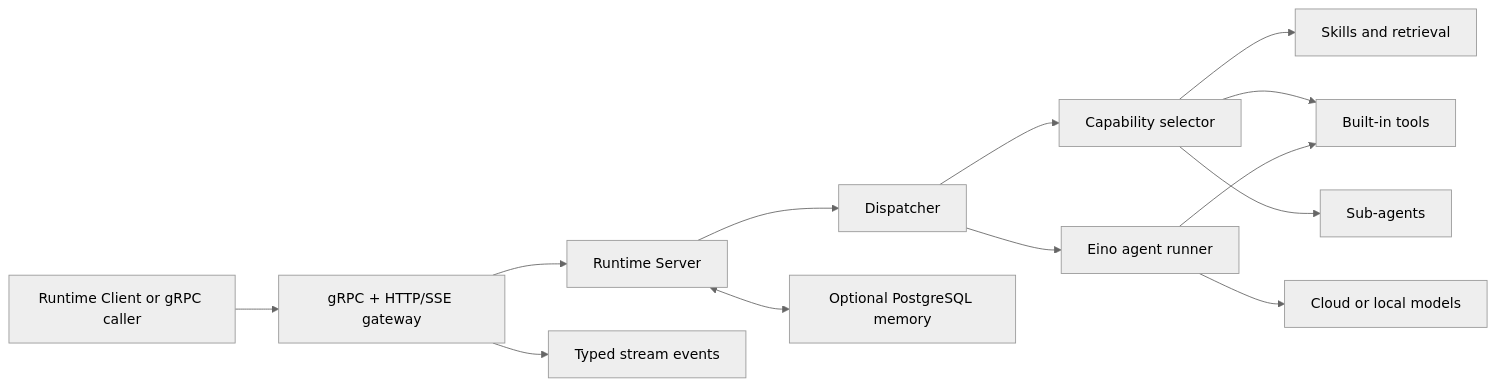
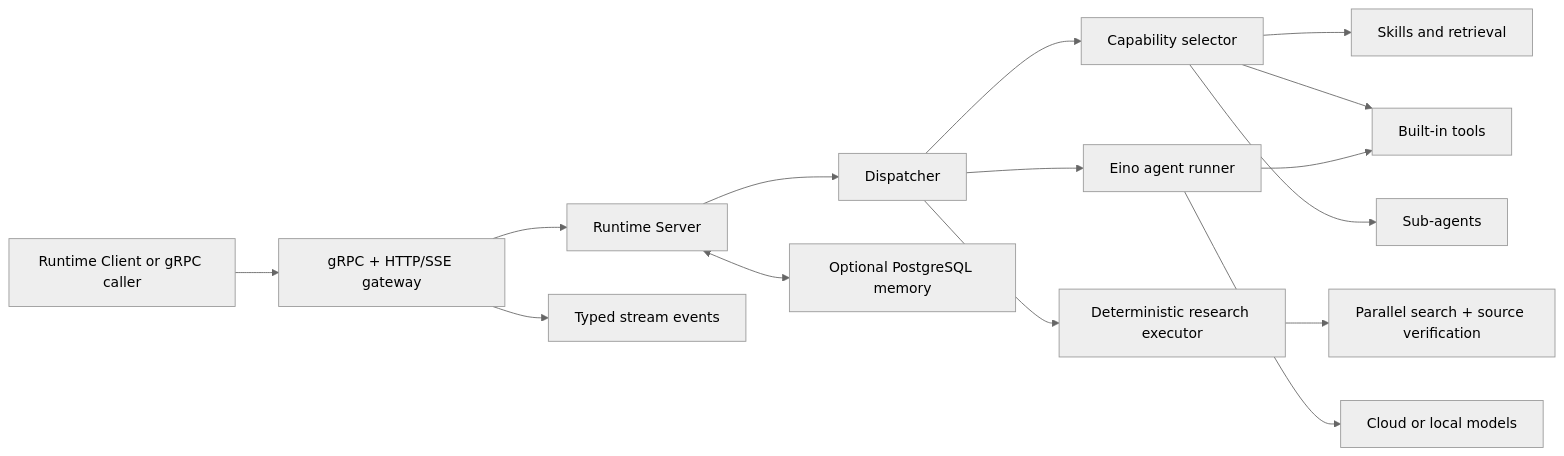
The diagram in README.md (good-fish-man/agent-runtime), drawn with Mermaid (neutral theme) before and after one commit. The commit also changed other lines of this file and 109 other files, not shown here.

````diff
--- a/README.md
+++ b/README.md
@@ -24,15 +26,17 @@
 ```mermaid
 flowchart LR
     Client["Runtime Client or gRPC caller"] --> Transport["gRPC + HTTP/SSE gateway"]
     Transport --> Server["Runtime Server"]
     Server --> Dispatcher["Dispatcher"]
     Dispatcher --> Selector["Capability selector"]
+    Dispatcher --> Research["Deterministic research executor"]
+    Research --> Web["Parallel search + source verification"]
     Selector --> Skills["Skills and retrieval"]
     Selector --> Tools["Built-in tools"]
     Selector --> SubAgents["Sub-agents"]
     Dispatcher --> Eino["Eino agent runner"]
     Eino --> Models["Cloud or local models"]
     Eino --> Tools
     Server <--> Memory["Optional PostgreSQL memory"]
     Transport --> Stream["Typed stream events"]
 ```
````
